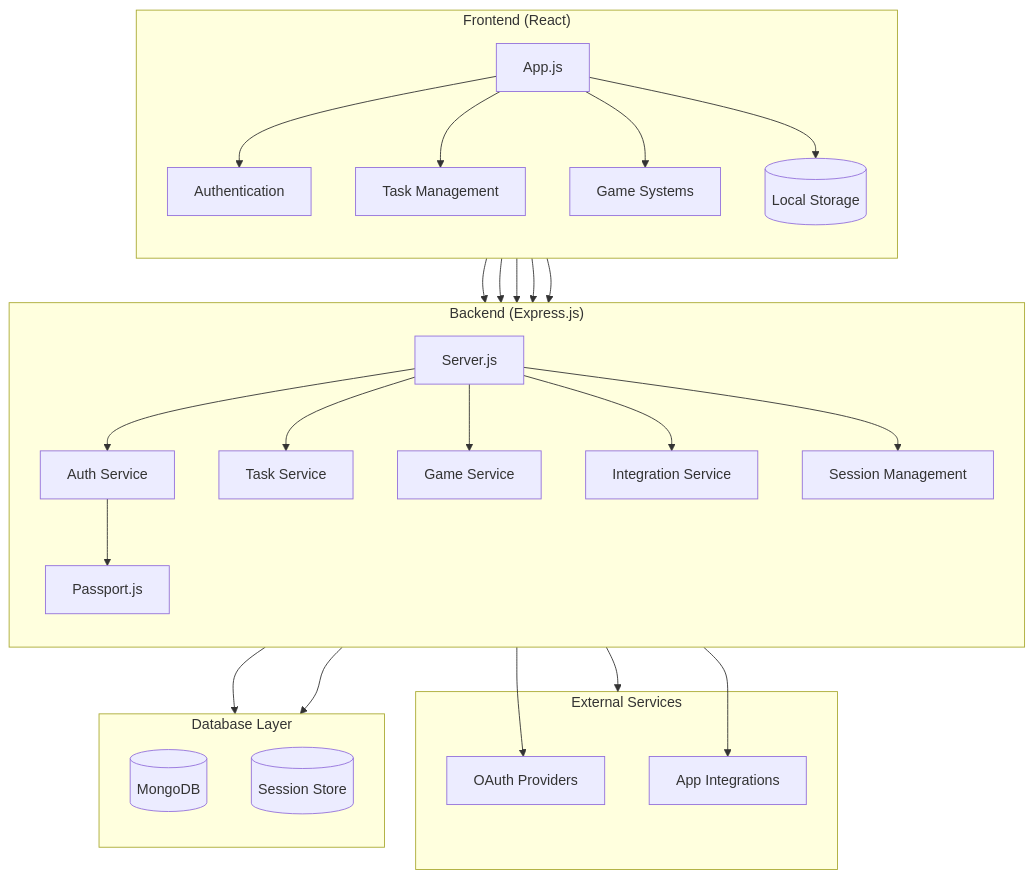
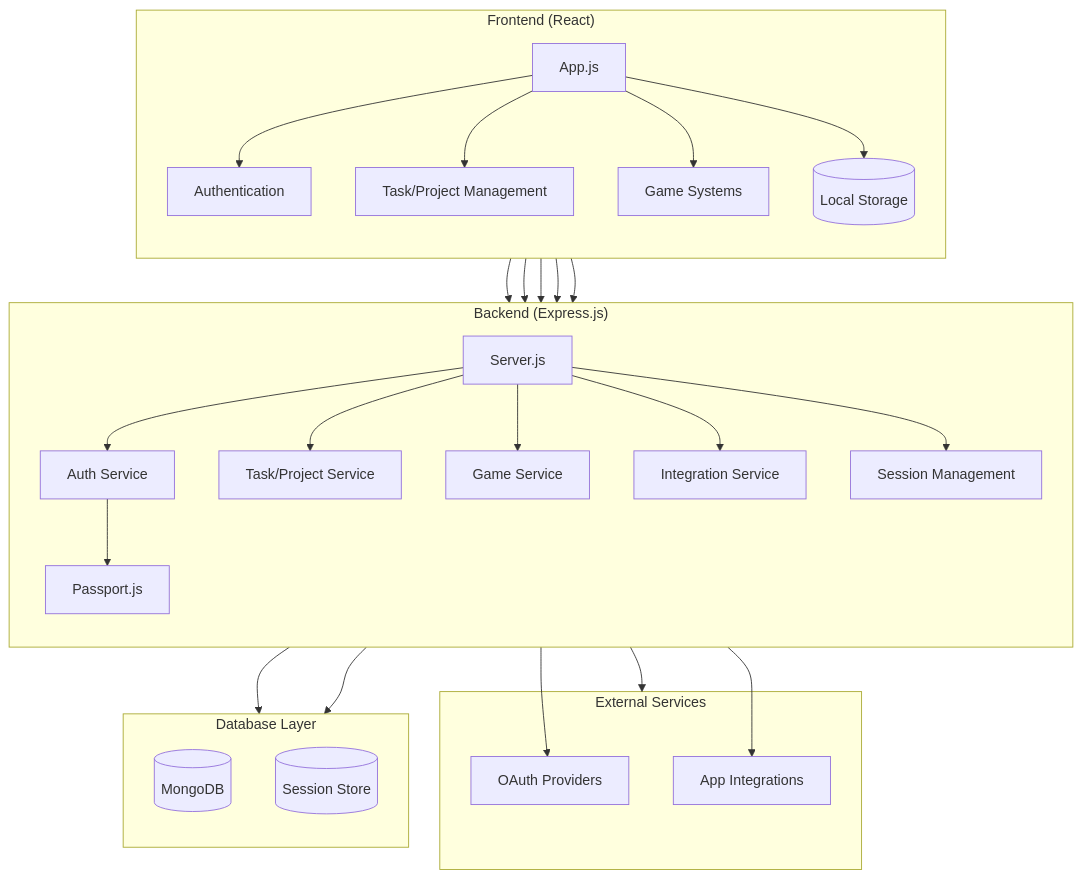
One commit to hussaino03/QuestLog changed the diagram in README.md. Above: the diagram before and after it, drawn with Mermaid. The commit also changed other lines of this file and 5 other files, not shown here.

````diff
--- a/README.md
+++ b/README.md
@@ -66,63 +64,63 @@
 ```mermaid
 graph TB
     %% External Services Layer
     subgraph External["External Services"]
         OAuth[OAuth Providers]
         AppIntegrations[App Integrations]
     end
 
     %% Frontend Layer
     subgraph Frontend["Frontend (React)"]
         direction TB
         App[App.js]
         Auth[Authentication]
-        TaskManager[Task Management]
+        ModalManager[Task/Project Management]
         GameSystem[Game Systems]
         ClientStore[(Local Storage)]
     end
 
     %% Backend Layer
     subgraph Backend["Backend (Express.js)"]
         direction TB
         Server[Server.js]
         AuthService[Auth Service]
-        TaskService[Task Service]
+        ItemService[Task/Project Service]
         GameService[Game Service]
         IntegrationService[Integration Service]
         Passport[Passport.js]
         Session[Session Management]
     end
 
     %% Database Layer
     subgraph Database["Database Layer"]
         direction TB
         MongoDB[(MongoDB)]
         SessionStore[(Session Store)]
     end
 
     %% Core Connections
     Frontend --> Backend
     Backend --> External
     Backend --> Database
 
     %% Detailed Connections
     Auth --> AuthService
-    TaskManager --> TaskService
-    TaskManager --> IntegrationService
+    ModalManager --> ItemService
+    ModalManager --> IntegrationService
     GameSystem --> GameService
     AuthService --> OAuth
     IntegrationService --> AppIntegrations
     Session --> SessionStore
     
     %% Frontend Flow
-    App --> Auth & TaskManager & GameSystem & ClientStore
+    App --> Auth & ModalManager & GameSystem & ClientStore
     
     %% Backend Flow
-    Server --> AuthService & TaskService & GameService & IntegrationService & Session
+    Server --> AuthService & ItemService & GameService & IntegrationService & Session
     AuthService --> Passport
 
 classDef frontend fill:#42b883,stroke:#333,stroke-width:2px
 classDef backend fill:#68a063,stroke:#333,stroke-width:2px
 classDef external fill:#f5a623,stroke:#333,stroke-width:2px
 classDef database fill:#4479a1,stroke:#333,stroke-width:2px
   ```
````
